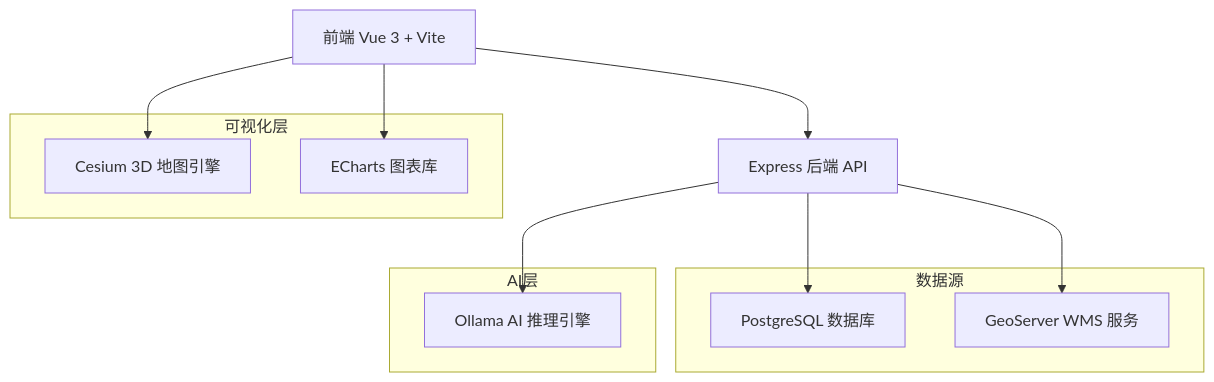
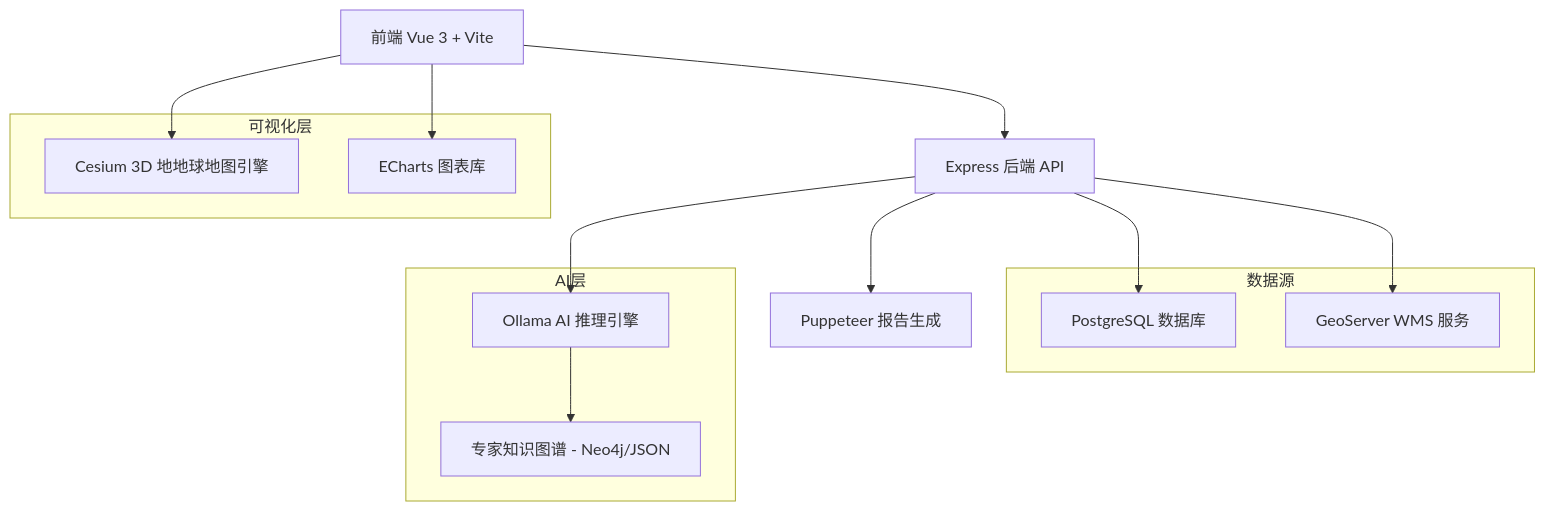
The first of 2 diagrams in README.md (Regenerate334/www.yunnanlucc.xyz), drawn with Mermaid before and after one commit. The commit also changed other lines of this file, not shown here.

````diff
--- a/README.md
+++ b/README.md
@@ -33,23 +36,26 @@
 ```mermaid
 graph TB
     A[前端 Vue 3 + Vite] --> B[Express 后端 API]
     B --> C[PostgreSQL 数据库]
-    A --> D[Cesium 3D 地图引擎]
+    A --> D[Cesium 3D 地地球地图引擎]
     A --> E[ECharts 图表库]
     B --> F[GeoServer WMS 服务]
     B --> G[Ollama AI 推理引擎]
+    G --> H[专家知识图谱 - Neo4j/JSON]
+    B --> I[Puppeteer 报告生成]
     
     subgraph 数据源
         C
         F
     end
     
     subgraph 可视化层
         D
         E
     end
     
     subgraph AI层
         G
+        H
     end
 ```
````
